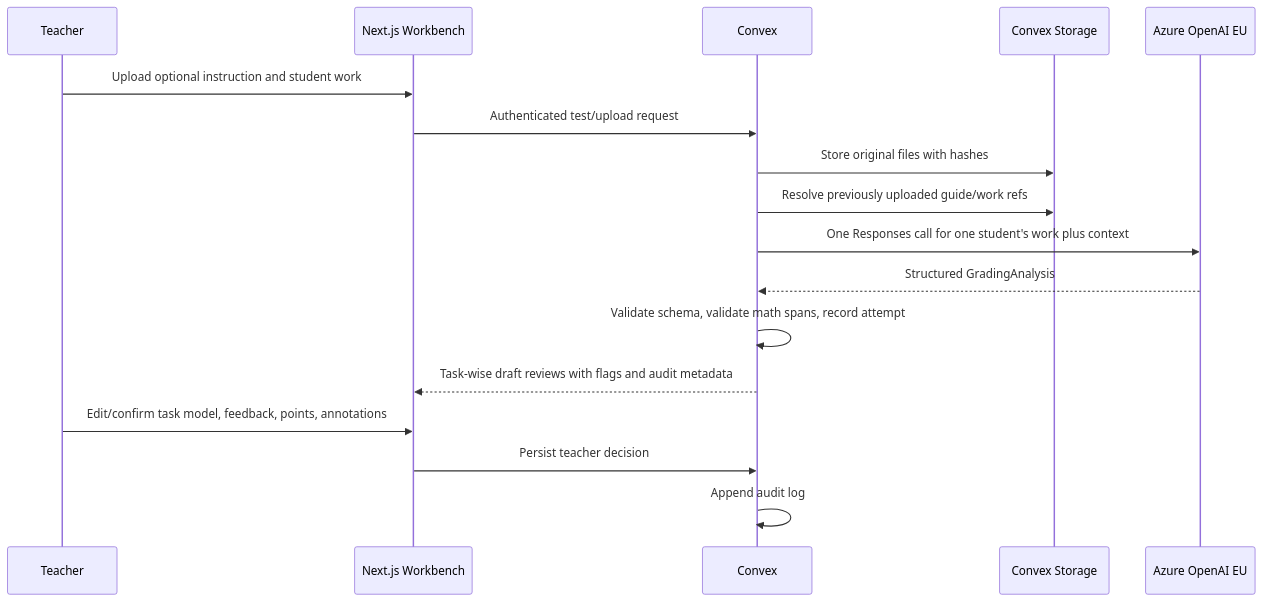
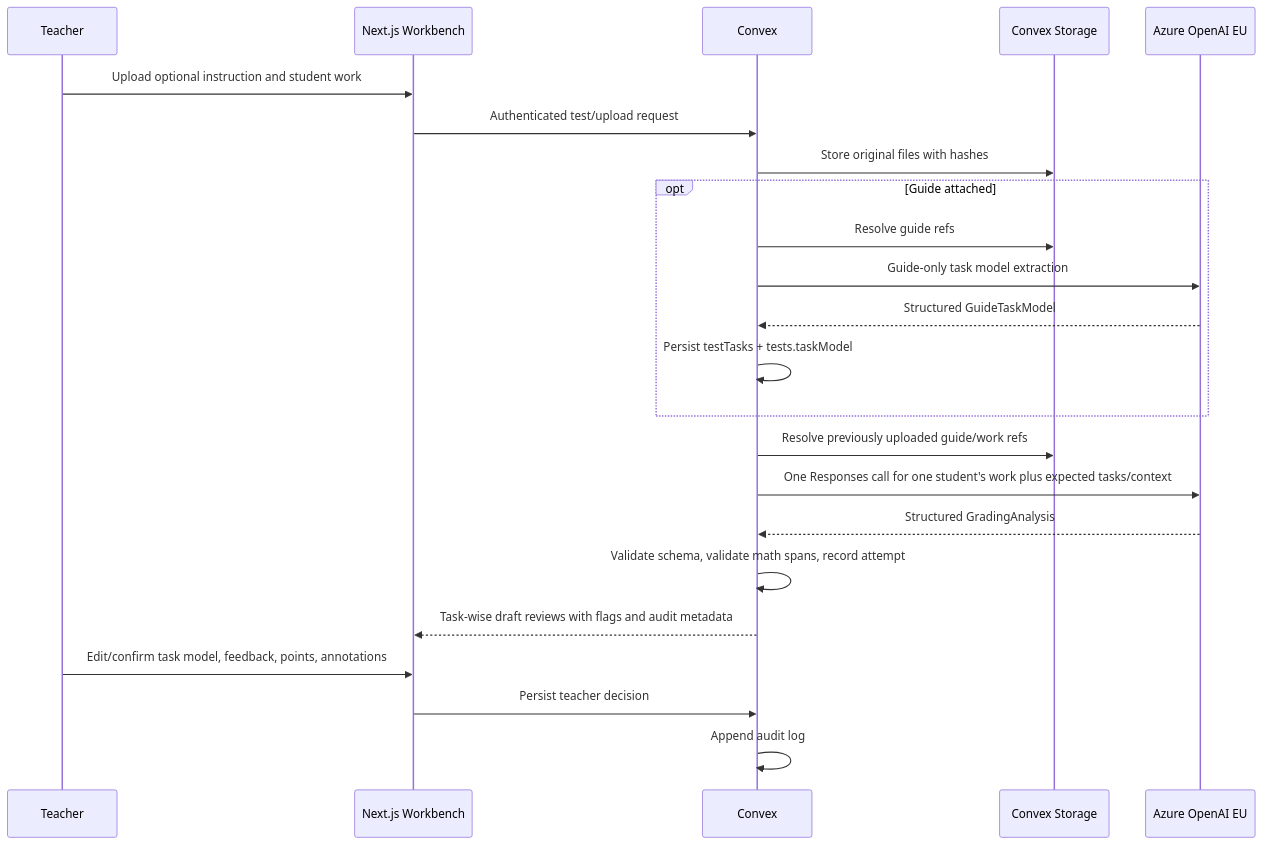
The third of 3 diagrams in docs/architecture/system-model.md (PunanePastakas/redpen), drawn with Mermaid before and after one commit. The commit also changed other lines of this file and 18 other files, not shown here.

Commit message:
feat(ai): add guide-derived task model flow

````diff
--- a/docs/architecture/system-model.md
+++ b/docs/architecture/system-model.md
@@ -275,20 +276,26 @@
 ```mermaid
 sequenceDiagram
   participant T as Teacher
   participant UI as Next.js Workbench
   participant C as Convex
   participant S as Convex Storage
   participant A as Azure OpenAI EU
 
   T->>UI: Upload optional instruction and student work
   UI->>C: Authenticated test/upload request
   C->>S: Store original files with hashes
+  opt Guide attached
+    C->>S: Resolve guide refs
+    C->>A: Guide-only task model extraction
+    A-->>C: Structured GuideTaskModel
+    C->>C: Persist testTasks + tests.taskModel
+  end
   C->>S: Resolve previously uploaded guide/work refs
-  C->>A: One Responses call for one student's work plus context
+  C->>A: One Responses call for one student's work plus expected tasks/context
   A-->>C: Structured GradingAnalysis
   C->>C: Validate schema, validate math spans, record attempt
   C-->>UI: Task-wise draft reviews with flags and audit metadata
   T->>UI: Edit/confirm task model, feedback, points, annotations
   UI->>C: Persist teacher decision
   C->>C: Append audit log
 ```
````
